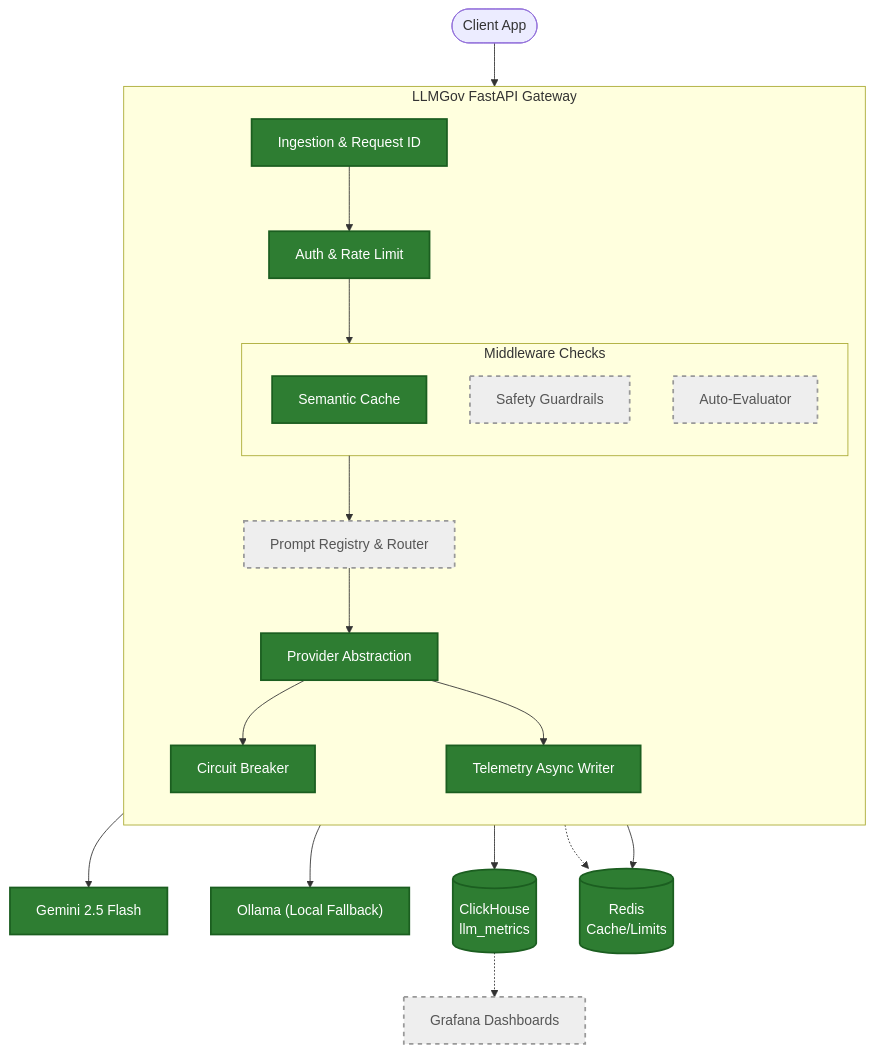
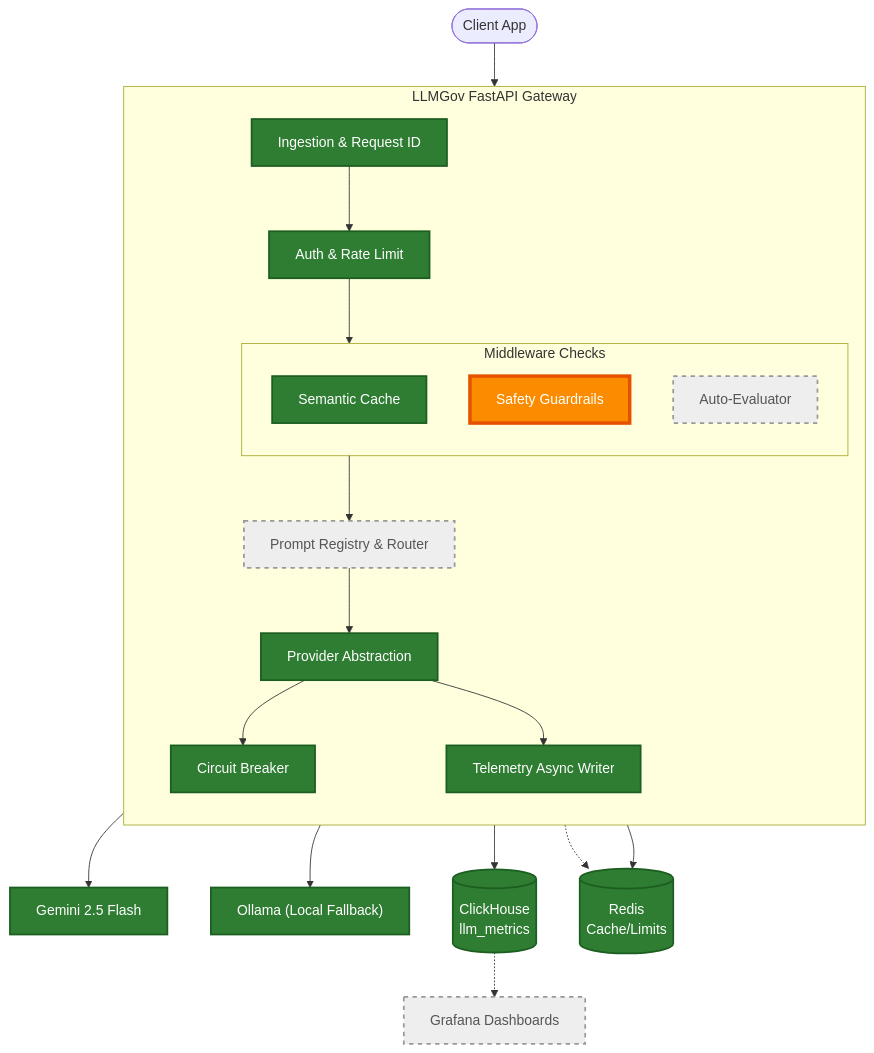
Before and after one commit to LeviAckermanZ9/LLMGov: the diagram in README.md, drawn with Mermaid. The commit also changed other lines of this file, not shown here.

Commit message:
docs: audit and update README to reflect partial safety guardrails status with PII wiring

````diff
--- a/README.md
+++ b/README.md
@@ -27,52 +27,52 @@
 ```mermaid
 flowchart TD
     %% Define Styles
     classDef built fill:#2e7d32,stroke:#1b5e20,stroke-width:2px,color:white;
     classDef partial fill:#fb8c00,stroke:#e65100,stroke-width:4px,color:white;
     classDef planned fill:#eeeeee,stroke:#999999,stroke-width:2px,stroke-dasharray: 5 5,color:#555555;
 
     Client(["Client App"]) --> Gateway
     
     subgraph Gateway ["LLMGov FastAPI Gateway"]
         direction TB
         Ingest["Ingestion & Request ID"]:::built
         Auth["Auth & Rate Limit"]:::built
         
         Ingest --> Auth
         
         subgraph Interceptors ["Middleware Checks"]
             Cache["Semantic Cache"]:::built
-            Guard["Safety Guardrails"]:::planned
+            Guard["Safety Guardrails"]:::partial
             Eval["Auto-Evaluator"]:::planned
         end
         
         Auth --> Interceptors
         
         Registry["Prompt Registry & Router"]:::planned
         Interceptors --> Registry
         
         ProviderAbstraction["Provider Abstraction"]:::built
         Registry --> ProviderAbstraction
         
         CircuitBreaker["Circuit Breaker"]:::built
         ProviderAbstraction --> CircuitBreaker
         
         Telemetry["Telemetry Async Writer"]:::built
         ProviderAbstraction --> Telemetry
     end
     
     PrimaryProvider["Gemini 2.5 Flash"]:::built
     FallbackProvider["Ollama (Local Fallback)"]:::built
     
     CH[("ClickHouse\nllm_metrics")]:::built
     Redis[("Redis\nCache/Limits")]:::built
     
     CircuitBreaker --> PrimaryProvider
     CircuitBreaker --> FallbackProvider
     Telemetry --> CH
     Auth -.-> Redis
     Cache --> Redis
     
     Grafana["Grafana Dashboards"]:::planned
     CH -.-> Grafana
 ```
````
